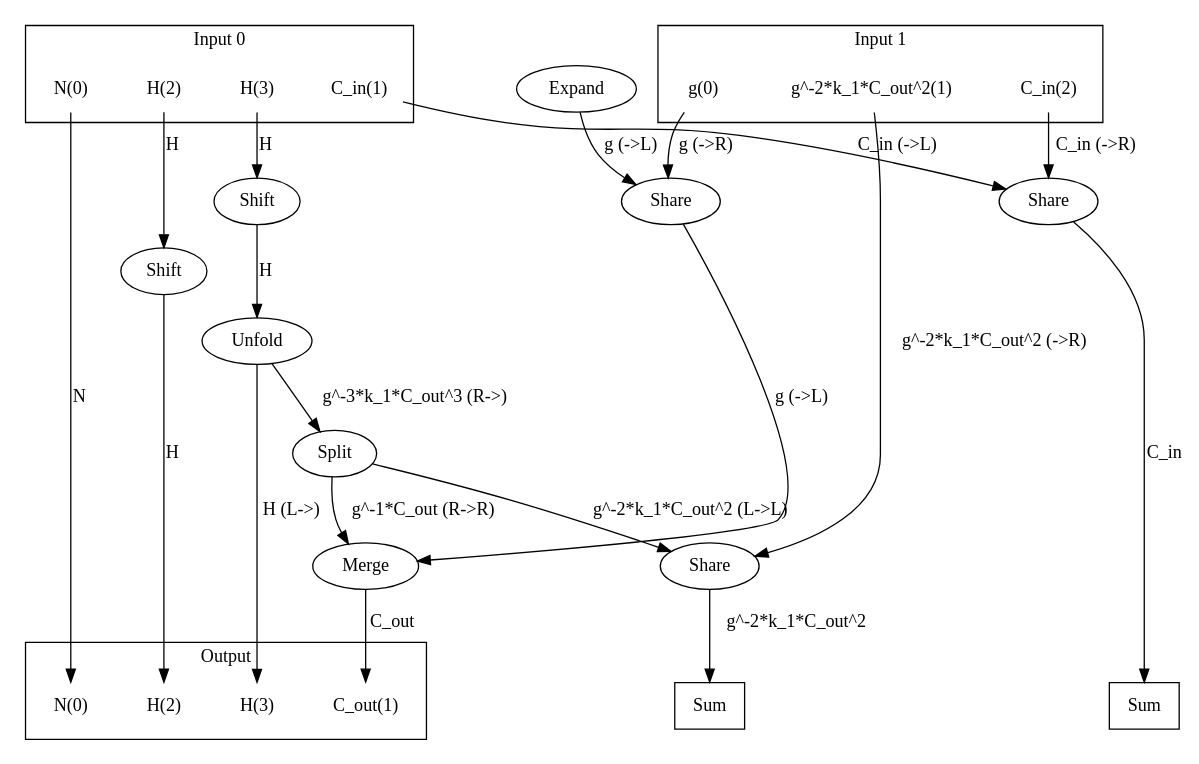
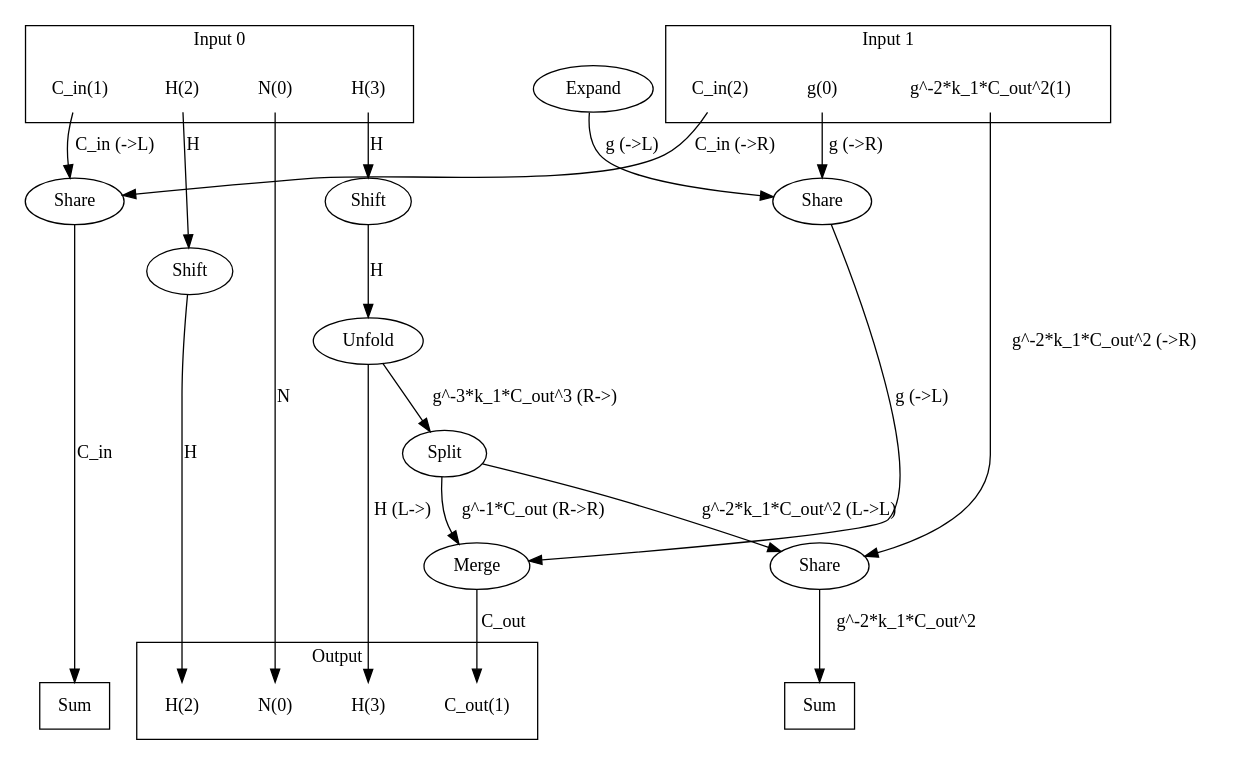
Before and after one commit to Yongqi-Zhuo/Syno-AE: the diagram in data/vision/a100/good-kernels-imagenet/densenet121/07964_4323581480662625558/kernel_scheduler_dir/kernel_graph.dot, drawn with Graphviz. The commit also changed 559 other files, not shown here.

```diff
--- a/data/vision/a100/good-kernels-imagenet/densenet121/07964_4323581480662625558/kernel_scheduler_dir/kernel_graph.dot
+++ b/data/vision/a100/good-kernels-imagenet/densenet121/07964_4323581480662625558/kernel_scheduler_dir/kernel_graph.dot
@@ -1,69 +1,69 @@
 digraph kernel_generated {
 newrank = true;
-op_0x564137c32950 [label="Share"];
-op_0x564137c329a0 [label="Share"];
-op_0x564137c329f0 [label="Share"];
-op_0x564137c32df8 [label="Expand"];
-op_0x564137c33640 [label="Shift"];
-op_0x564137c33760 [label="Shift"];
-op_0x564137c34320 [label="Merge"];
-op_0x564137c35300 [label="Unfold"];
-op_0x564137c3ac80 [label="Split"];
-reduce_0x7f0fc000c2d8 [label="Sum", shape=box];
-reduce_0x7f0fc00058d8 [label="Sum", shape=box];
+op_0x55e39eb542c0 [label="Shift"];
+op_0x55e39eb54410 [label="Shift"];
+op_0x55e3a8934590 [label="Share"];
+op_0x55e3a89345e0 [label="Share"];
+op_0x55e3a8934630 [label="Share"];
+op_0x55e3a8934938 [label="Expand"];
+op_0x55e3a8935830 [label="Merge"];
+op_0x55e3a8936840 [label="Unfold"];
+op_0x55e3a8937b90 [label="Split"];
+reduce_0x7fb2b800e0d8 [label="Sum", shape=box];
+reduce_0x7fb2b80077d8 [label="Sum", shape=box];
 subgraph cluster_out {
 label = "Output";
 out_0 [label="N(0)", shape=none];
 out_1 [label="C_out(1)", shape=none];
 out_2 [label="H(2)", shape=none];
 out_3 [label="H(3)", shape=none];
 }
 { rank = same;
-reduce_0x7f0fc000c2d8;
-reduce_0x7f0fc00058d8;
+reduce_0x7fb2b800e0d8;
+reduce_0x7fb2b80077d8;
 out_0;
 out_1;
 out_2;
 out_3;
 }
 subgraph cluster_in_0 {
 label = "Input 0";
 in_0_0 [label="N(0)", shape=none];
 in_0_1 [label="C_in(1)", shape=none];
 in_0_2 [label="H(2)", shape=none];
 in_0_3 [label="H(3)", shape=none];
 }
 subgraph cluster_in_1 {
 label = "Input 1";
 in_1_0 [label="g(0)", shape=none];
 in_1_1 [label="g^-2*k_1*C_out^2(1)", shape=none];
 in_1_2 [label="C_in(2)", shape=none];
 }
 { rank = same;
 in_0_0;
 in_0_1;
 in_0_2;
 in_0_3;
 in_1_0;
 in_1_1;
 in_1_2;
 }
 in_0_0 -> out_0 [label="N"];
-in_0_1 -> op_0x564137c32950 [label="C_in (->L)"];
-in_0_2 -> op_0x564137c33640 [label="H"];
-in_0_3 -> op_0x564137c33760 [label="H"];
-in_1_0 -> op_0x564137c329a0 [label="g (->R)"];
-in_1_1 -> op_0x564137c329f0 [label="g^-2*k_1*C_out^2 (->R)"];
-in_1_2 -> op_0x564137c32950 [label="C_in (->R)"];
-op_0x564137c34320 -> out_1 [label="C_out"];
-op_0x564137c33640 -> out_2 [label="H"];
-op_0x564137c35300 -> out_3 [label="H (L->)"];
-op_0x564137c32df8 -> op_0x564137c329a0 [label="g (->L)"];
-op_0x564137c3ac80 -> op_0x564137c329f0 [label="g^-2*k_1*C_out^2 (L->L)"];
-op_0x564137c329a0 -> op_0x564137c34320 [label="g (->L)"];
-op_0x564137c3ac80 -> op_0x564137c34320 [label="g^-1*C_out (R->R)"];
-op_0x564137c33760 -> op_0x564137c35300 [label="H"];
-op_0x564137c35300 -> op_0x564137c3ac80 [label="g^-3*k_1*C_out^3 (R->)"];
-op_0x564137c32950 -> reduce_0x7f0fc00058d8 [label="C_in"];
-op_0x564137c329f0 -> reduce_0x7f0fc000c2d8 [label="g^-2*k_1*C_out^2"];
+in_0_1 -> op_0x55e3a8934590 [label="C_in (->L)"];
+in_0_2 -> op_0x55e39eb542c0 [label="H"];
+in_0_3 -> op_0x55e39eb54410 [label="H"];
+in_1_0 -> op_0x55e3a89345e0 [label="g (->R)"];
+in_1_1 -> op_0x55e3a8934630 [label="g^-2*k_1*C_out^2 (->R)"];
+in_1_2 -> op_0x55e3a8934590 [label="C_in (->R)"];
+op_0x55e3a8935830 -> out_1 [label="C_out"];
+op_0x55e39eb542c0 -> out_2 [label="H"];
+op_0x55e3a8936840 -> out_3 [label="H (L->)"];
+op_0x55e3a8934938 -> op_0x55e3a89345e0 [label="g (->L)"];
+op_0x55e3a8937b90 -> op_0x55e3a8934630 [label="g^-2*k_1*C_out^2 (L->L)"];
+op_0x55e3a89345e0 -> op_0x55e3a8935830 [label="g (->L)"];
+op_0x55e3a8937b90 -> op_0x55e3a8935830 [label="g^-1*C_out (R->R)"];
+op_0x55e39eb54410 -> op_0x55e3a8936840 [label="H"];
+op_0x55e3a8936840 -> op_0x55e3a8937b90 [label="g^-3*k_1*C_out^3 (R->)"];
+op_0x55e3a8934590 -> reduce_0x7fb2b80077d8 [label="C_in"];
+op_0x55e3a8934630 -> reduce_0x7fb2b800e0d8 [label="g^-2*k_1*C_out^2"];
 }
```
